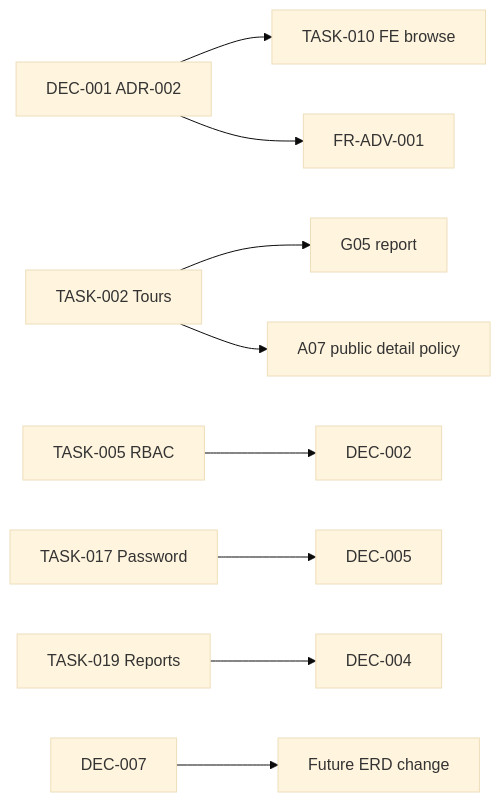
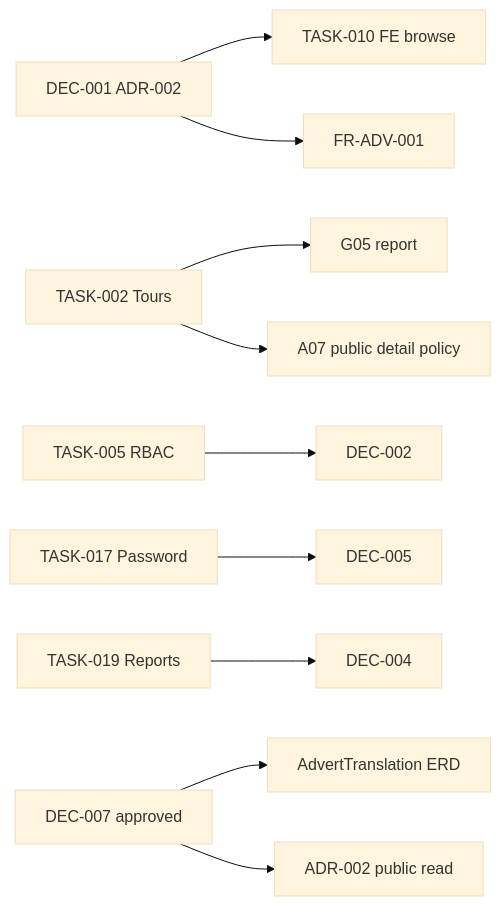
The fifth of 5 diagrams in docs/08-project-management/PRODUCT_DECISIONS.md (fdeniz07/RealEstateBackend), drawn with Mermaid (base theme) before and after one commit. The commit also changed other lines of this file and 10 other files, not shown here.

First line of the commit message:
docs: DEC-007, language registry architecture and M1 planning

````diff
--- a/docs/08-project-management/PRODUCT_DECISIONS.md
+++ b/docs/08-project-management/PRODUCT_DECISIONS.md
@@ -462,11 +504,12 @@
 ```mermaid
 flowchart LR
   ADR002[DEC-001 ADR-002] --> FE[TASK-010 FE browse]
   ADR002 --> FRADV[FR-ADV-001]
   T002[TASK-002 Tours] --> G05[G05 report]
   T002 --> PUB[A07 public detail policy]
   T005[TASK-005 RBAC] --> D2[DEC-002]
   T017[TASK-017 Password] --> D5[DEC-005]
   T019[TASK-019 Reports] --> D4[DEC-004]
-  D7[DEC-007] --> ERD[Future ERD change]
+  D7[DEC-007 approved] --> ERD[AdvertTranslation ERD]
+  D7 --> ADR2[ADR-002 public read]
 ```
````
